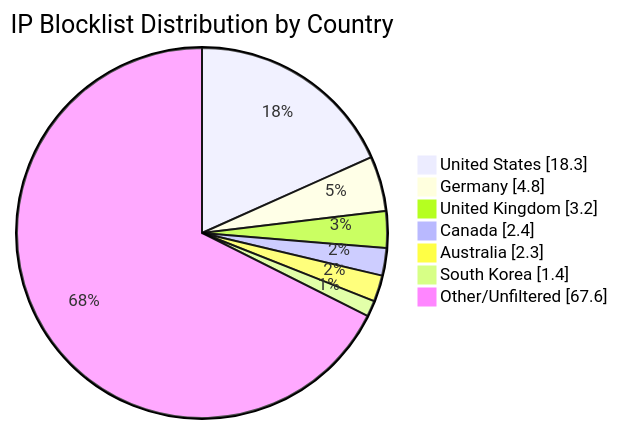
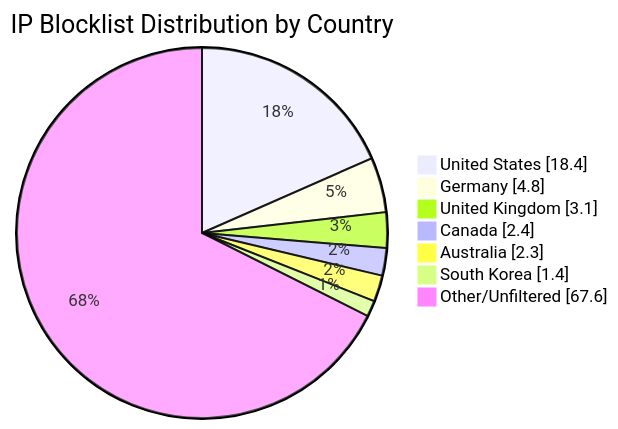
One commit to MarcusHoltz/ipblocklist-geofiltered-aggregator changed the diagram in README.md. Above: the diagram before and after it, drawn with Mermaid. The commit also changed other lines of this file and 9 other files, not shown here.

````diff
--- a/README.md
+++ b/README.md
@@ -34,10 +34,10 @@
 ```mermaid
 pie showData title IP Blocklist Distribution by Country
-"United States" : 18.3
+"United States" : 18.4
 "Germany" : 4.8
-"United Kingdom" : 3.2
+"United Kingdom" : 3.1
 "Canada" : 2.4
 "Australia" : 2.3
 "South Korea" : 1.4
 "Other/Unfiltered" : 67.6
 ```
````
